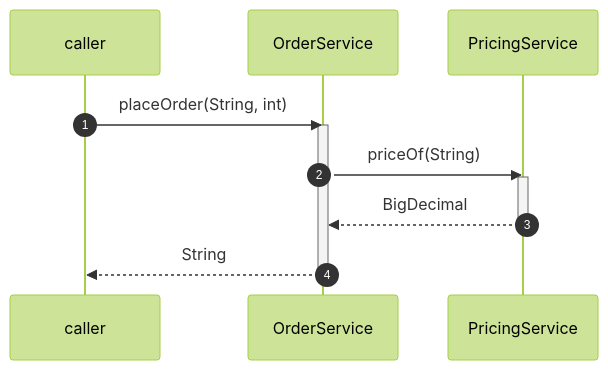
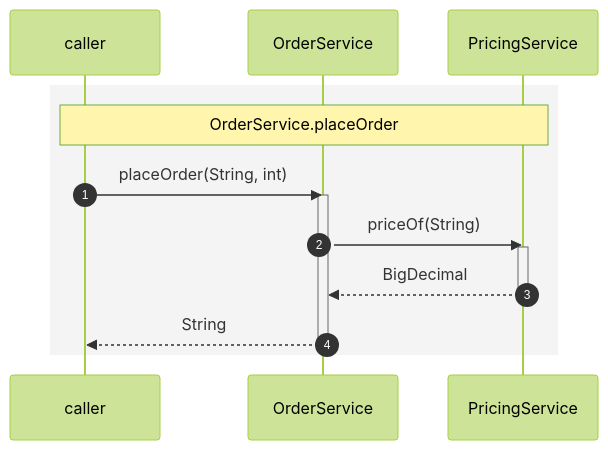
One commit to os890/jawelte changed the diagram in skill/references/flow-assert.md. Above: the diagram before and after it, drawn with Mermaid (forest theme). The commit also changed other lines of this file and 5 other files, not shown here.

````diff
--- a/skill/references/flow-assert.md
+++ b/skill/references/flow-assert.md
@@ -35,15 +35,18 @@
 ```mermaid
 sequenceDiagram
     autonumber
     participant Caller as caller
     participant OrderService
     participant PricingService
-    Caller->>OrderService: placeOrder(String, int)
-    activate OrderService
-        OrderService->>PricingService: priceOf(String)
-        activate PricingService
-        PricingService-->>OrderService: BigDecimal
-        deactivate PricingService
-    OrderService-->>Caller: String
-    deactivate OrderService
+    rect rgb(244, 244, 244)
+        Note over Caller,PricingService: OrderService.placeOrder
+        Caller->>OrderService: placeOrder(String, int)
+        activate OrderService
+            OrderService->>PricingService: priceOf(String)
+            activate PricingService
+            PricingService-->>OrderService: BigDecimal
+            deactivate PricingService
+        OrderService-->>Caller: String
+        deactivate OrderService
+    end
 ```
````
